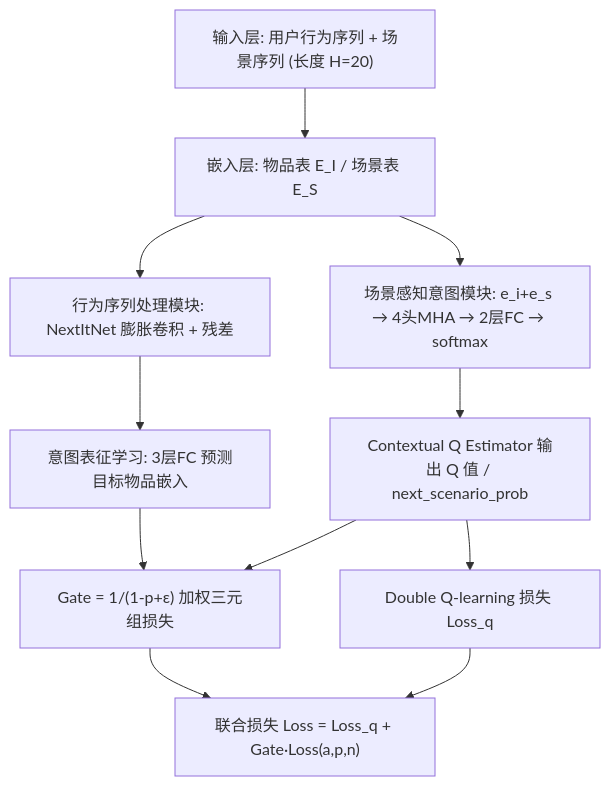
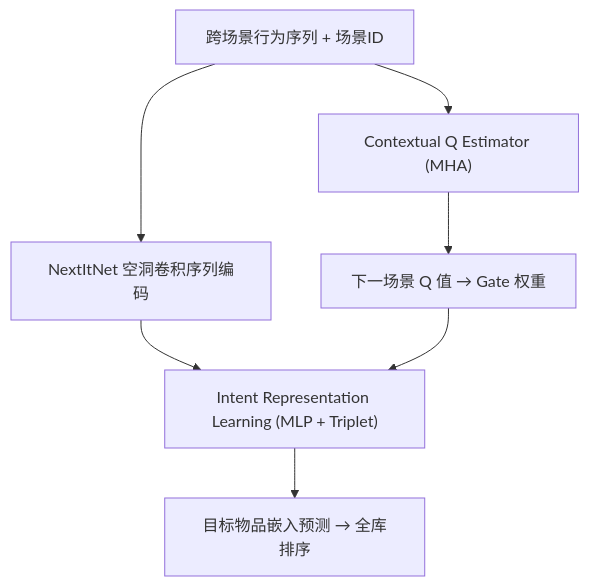
Before and after one commit to jbdcia321vw/Paper-Notes: the diagram in docs/venues/SIGIR/2026/cross_domain_multi_scenario/reinforcing_user_interest_evolution_in_multi_scenario_learning_for_recommen.md, drawn with Mermaid. The commit also changed other lines of this file and 1119 other files, not shown here.

````diff
--- a/docs/venues/SIGIR/2026/cross_domain_multi_scenario/reinforcing_user_interest_evolution_in_multi_scenario_learning_for_recommen.md
+++ b/docs/venues/SIGIR/2026/cross_domain_multi_scenario/reinforcing_user_interest_evolution_in_multi_scenario_learning_for_recommen.md
@@ -56,13 +50,9 @@
 ```mermaid
 flowchart TD
-    A["输入层: 用户行为序列 + 场景序列 (长度 H=20)"] --> B["嵌入层: 物品表 E_I / 场景表 E_S"]
-    B --> C["行为序列处理模块: NextItNet 膨胀卷积 + 残差"]
-    B --> D["场景感知意图模块: e_i+e_s → 4头MHA → 2层FC → softmax"]
-    C --> E["意图表征学习: 3层FC 预测目标物品嵌入"]
-    D --> F["Contextual Q Estimator 输出 Q 值 / next_scenario_prob"]
-    F --> G["Gate = 1/(1-p+ε) 加权三元组损失"]
-    E --> G
-    F --> H["Double Q-learning 损失 Loss_q"]
-    G --> I["联合损失 Loss = Loss_q + Gate·Loss(a,p,n)"]
-    H --> I
+    A["跨场景行为序列 + 场景ID"] --> B["NextItNet 空洞卷积序列编码"]
+    A --> C["Contextual Q Estimator (MHA)"]
+    C --> D["下一场景 Q 值 → Gate 权重"]
+    B --> E["Intent Representation Learning (MLP + Triplet)"]
+    D --> E
+    E --> F["目标物品嵌入预测 → 全库排序"]
 ```
````
